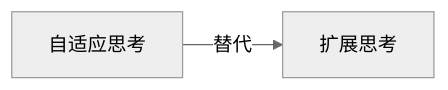
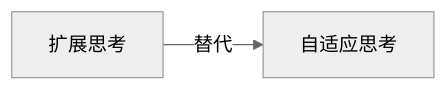
The diagram in wiki/自适应思考.md (yibie/claude-best-practices-zh), drawn with Mermaid (neutral theme) before and after one commit. The commit also changed other lines of this file and 407 other files, not shown here.

Commit message:
feat: DeepSeek 三遍审校（译文/关系/图谱）+ 可部署静态站点

````diff
--- a/wiki/自适应思考.md
+++ b/wiki/自适应思考.md
@@ -43,5 +44,5 @@
 ```mermaid
 graph LR
   C["自适应思考"]
-  C -->|替代| N0["扩展思考"]
+  N0["扩展思考"] -->|替代| C
 ```
````
